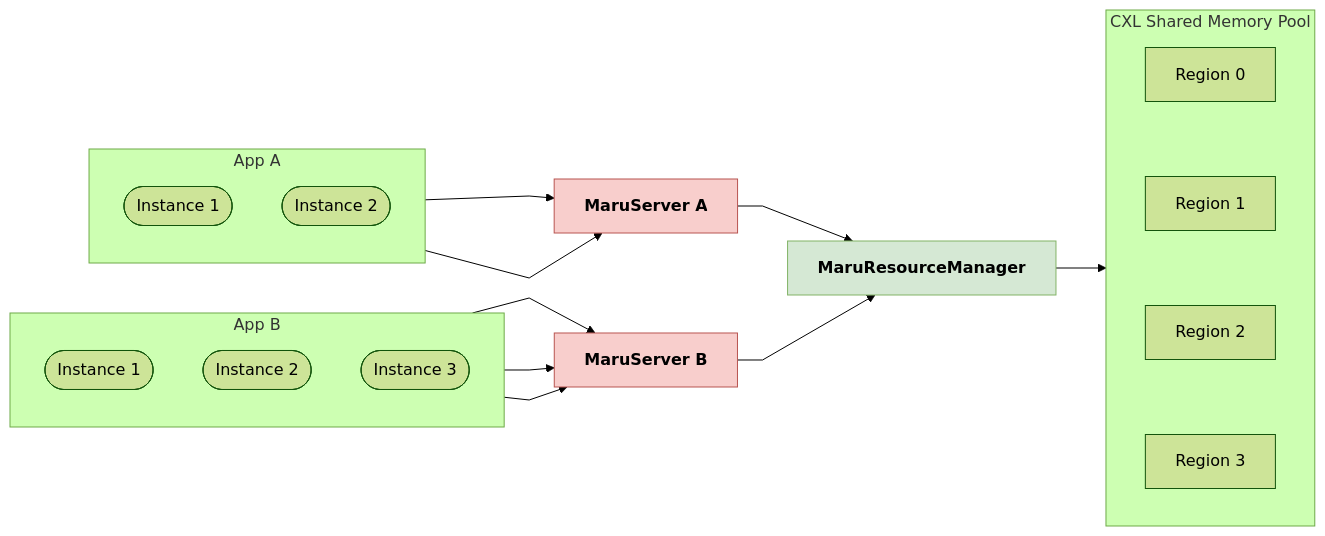
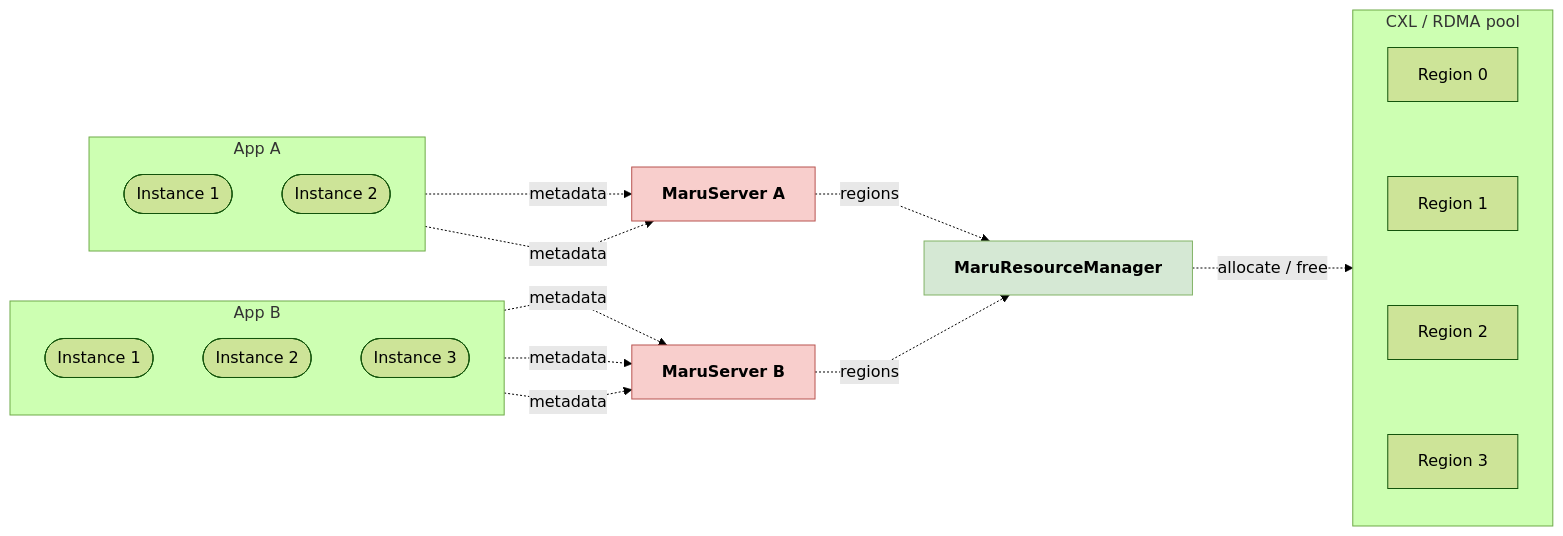
Before and after one commit to xcena-dev/maru: the third of 6 diagrams in docs/source/design_doc/architecture_overview.md, drawn with Mermaid (forest theme). The commit also changed other lines of this file and 4 other files, not shown here.

Commit message:
docs: show CXL and RDMA paths in architecture diagrams

````diff
--- a/docs/source/design_doc/architecture_overview.md
+++ b/docs/source/design_doc/architecture_overview.md
@@ -90,34 +130,34 @@
 ```mermaid
 %%{ init: { "flowchart": { "curve": "linear" } } }%%
 flowchart LR
     subgraph AppA["App A"]
         direction TB
         A1(["Instance 1"])
         A2(["Instance 2"])
     end
 
     subgraph AppB["App B"]
         direction TB
         B1(["Instance 1"])
         B2(["Instance 2"])
         B3(["Instance 3"])
     end
 
     MSA["MaruServer A"]:::maru
     MSB["MaruServer B"]:::maru
     RM["MaruResourceManager"]:::rm
 
-    A1 & A2 --> MSA
-    B1 & B2 & B3 --> MSB
-    MSA & MSB --> RM
+    A1 & A2 -.->|"metadata"| MSA
+    B1 & B2 & B3 -.->|"metadata"| MSB
+    MSA & MSB -.->|"regions"| RM
 
-    subgraph CXL["CXL Shared Memory Pool"]
+    subgraph CXL["CXL / RDMA pool"]
         direction TB
         R0["Region 0"] ~~~ R1["Region 1"] ~~~ R2["Region 2"] ~~~ R3["Region 3"]
     end
 
-    RM --> CXL
+    RM -.->|"allocate / free"| CXL
 
     classDef maru fill:#f8cecc,stroke:#b85450,font-weight:bold
     classDef rm fill:#d5e8d4,stroke:#82b366,font-weight:bold
 ```
````
